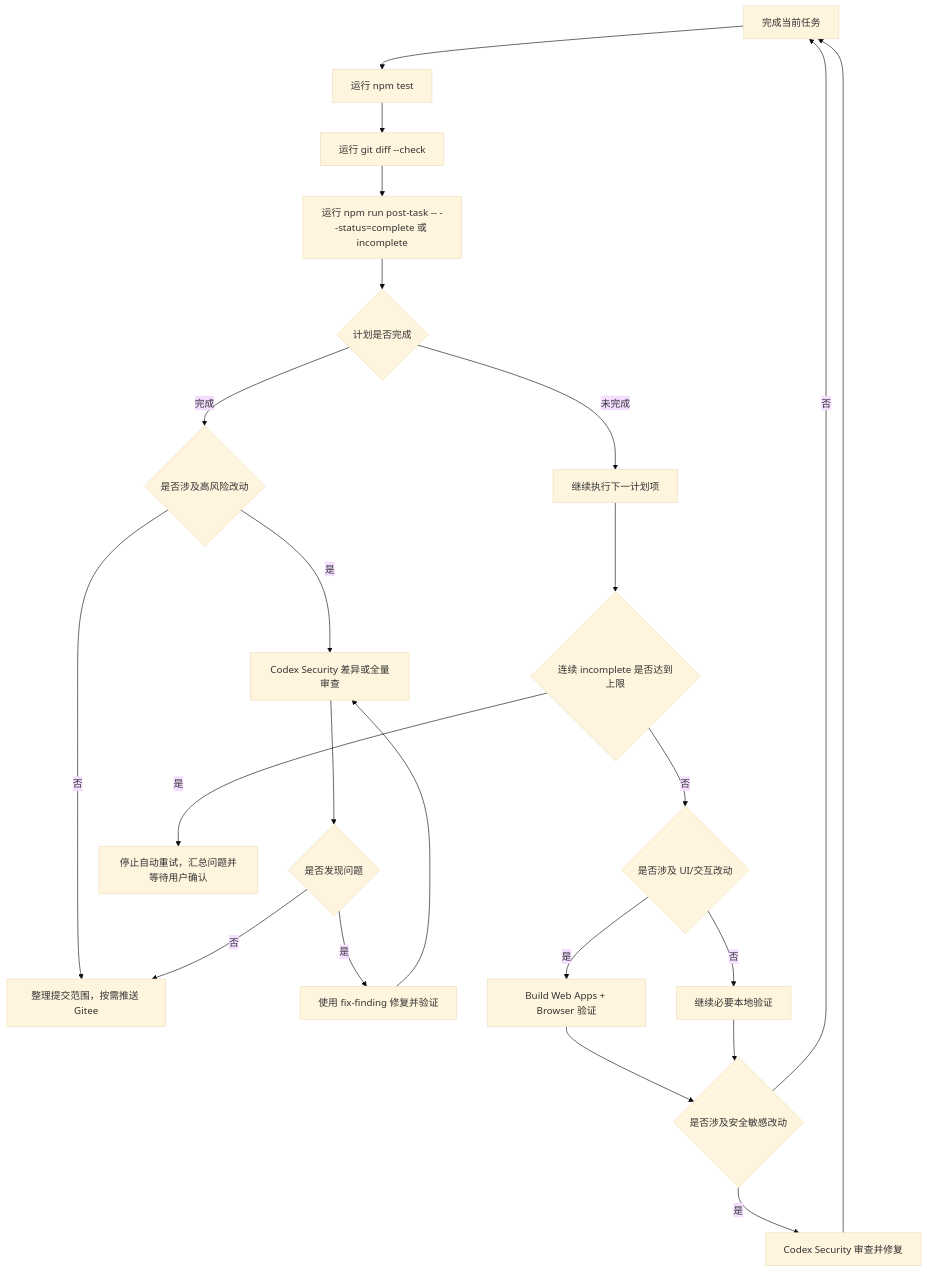
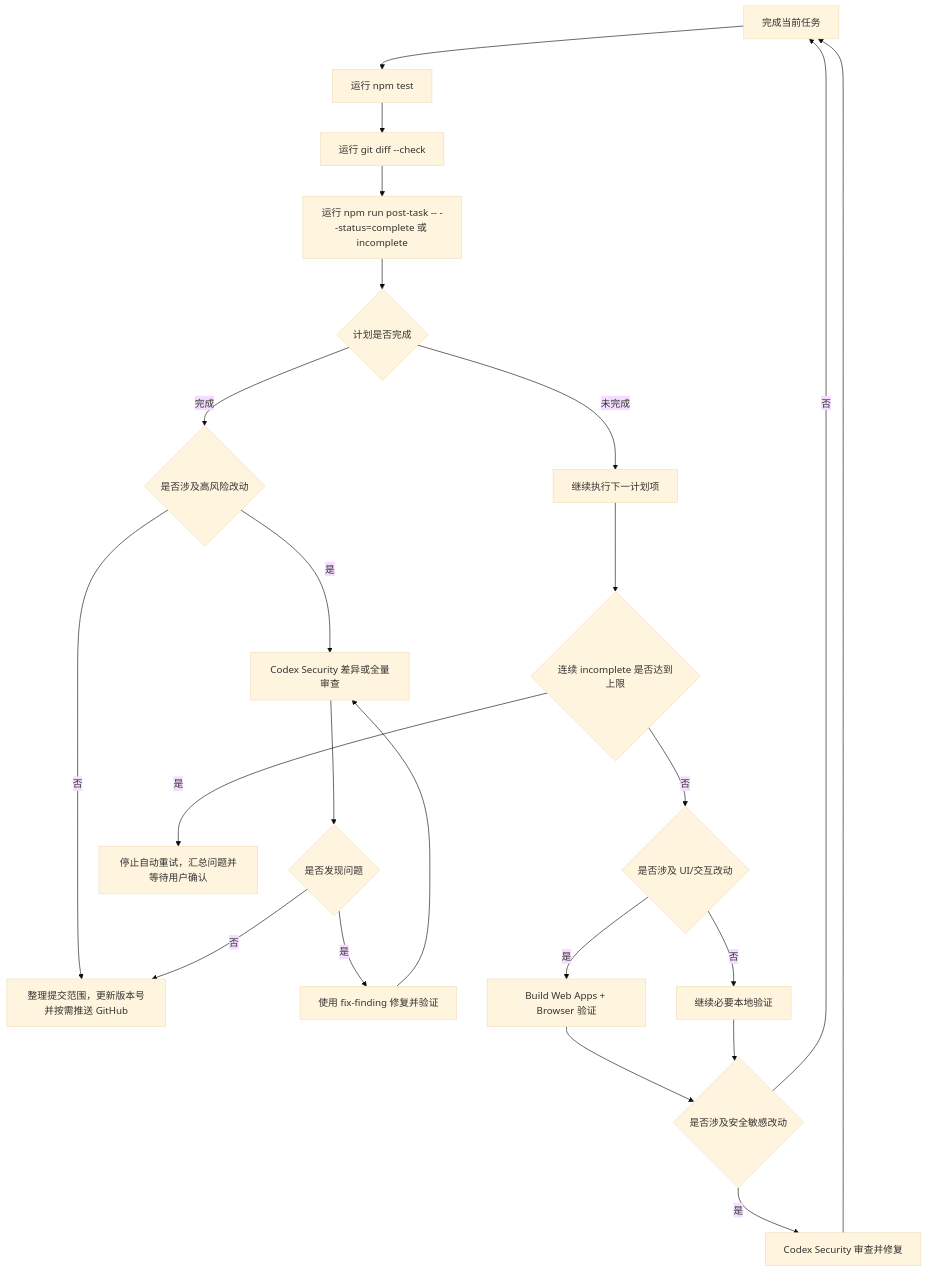
One commit to hugocat26-jpg/HEXCORE-2.0 changed the diagram in docs/12_任务后置钩子.md. Above: the diagram before and after it, drawn with Mermaid (base theme). The commit also changed other lines of this file and 40 other files, not shown here.

````diff
--- a/docs/12_任务后置钩子.md
+++ b/docs/12_任务后置钩子.md
@@ -12,25 +12,25 @@
 ```mermaid
 flowchart TD
   A["完成当前任务"] --> B["运行 npm test"]
   B --> C["运行 git diff --check"]
   C --> D["运行 npm run post-task -- --status=complete 或 incomplete"]
   D --> E{"计划是否完成"}
   E -->|"完成"| F{"是否涉及高风险改动"}
   F -->|"是"| G["Codex Security 差异或全量审查"]
-  F -->|"否"| I["整理提交范围，按需推送 Gitee"]
+  F -->|"否"| I["整理提交范围，更新版本号并按需推送 GitHub"]
   G --> H{"是否发现问题"}
   H -->|"是"| O["使用 fix-finding 修复并验证"]
   O --> G
   H -->|"否"| I
   E -->|"未完成"| J["继续执行下一计划项"]
   J --> M{"连续 incomplete 是否达到上限"}
   M -->|"是"| N["停止自动重试，汇总问题并等待用户确认"]
   M -->|"否"| K{"是否涉及 UI/交互改动"}
   K -->|"是"| L["Build Web Apps + Browser 验证"]
   K -->|"否"| P["继续必要本地验证"]
   L --> Q{"是否涉及安全敏感改动"}
   P --> Q
   Q -->|"是"| R["Codex Security 审查并修复"]
   Q -->|"否"| A
   R --> A
 ```
````
